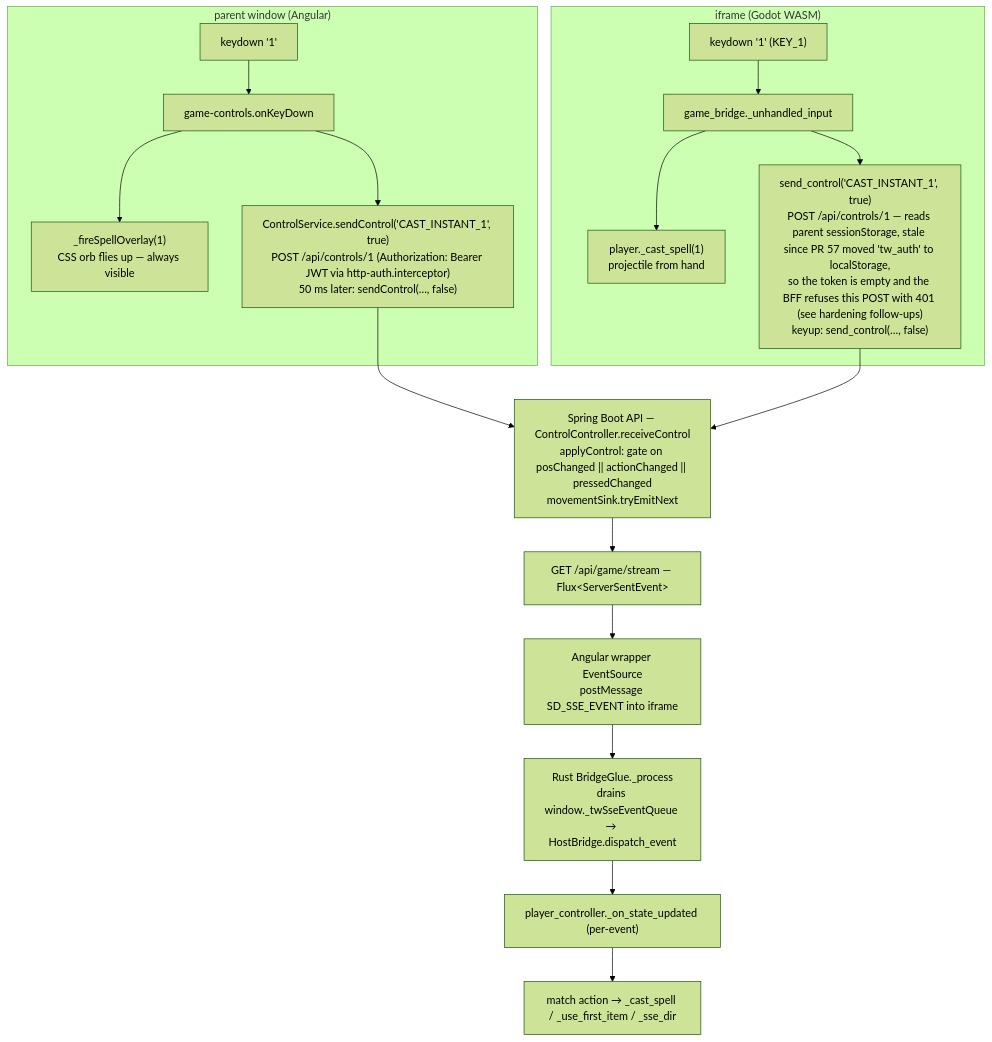
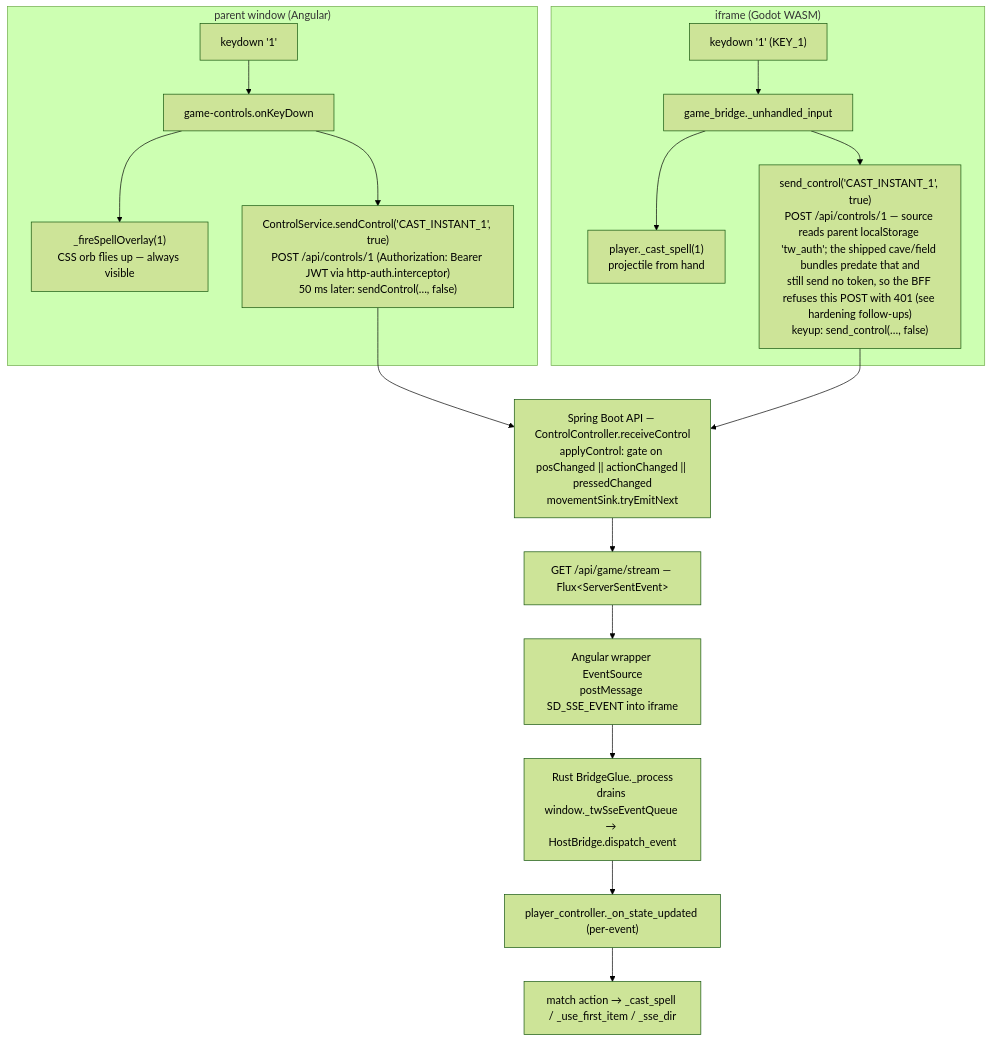
Before and after one commit to hugmesh/hugmesh-games: the fifth of 48 diagrams in README.md, drawn with Mermaid (forest theme). The commit also changed other lines of this file and 2 other files, not shown here.

Commit message:
Godot bridge: read the control-POST JWT from localStorage first
PR #57 moved tw_auth to localStorage, but the three-wizards game_bridge.gd
still read only window.parent.sessionStorage, so POST /api/controls went out
without an Authorization header. Read localStorage first with the same
sessionStorage fallback the rpg-builder template uses, and add a node guard
that fails when a bridge reading tw_auth does not read localStorage first.
The shipped cave/field index.pck bundles are not re-exported here.

````diff
--- a/README.md
+++ b/README.md
@@ -432,30 +432,30 @@
 ```mermaid
 flowchart TB
     subgraph parent["parent window (Angular)"]
         PK["keydown '1'"]
         POnKey["game-controls.onKeyDown"]
         POverlay["_fireSpellOverlay(1)<br/>CSS orb flies up — always visible"]
         PSend["ControlService.sendControl('CAST_INSTANT_1', true)<br/>POST /api/controls/1 (Authorization: Bearer JWT via http-auth.interceptor)<br/>50 ms later: sendControl(…, false)"]
         PK --> POnKey
         POnKey --> POverlay
         POnKey --> PSend
     end
     subgraph frame["iframe (Godot WASM)"]
         FK["keydown '1' (KEY_1)"]
         FInput["game_bridge._unhandled_input"]
         FCast["player._cast_spell(1)<br/>projectile from hand"]
-        FSend["send_control('CAST_INSTANT_1', true)<br/>POST /api/controls/1 — reads parent sessionStorage, stale since PR 57 moved 'tw_auth' to localStorage,<br/>so the token is empty and the BFF refuses this POST with 401 (see hardening follow-ups)<br/>keyup: send_control(…, false)"]
+        FSend["send_control('CAST_INSTANT_1', true)<br/>POST /api/controls/1 — source reads parent localStorage 'tw_auth'; the shipped cave/field bundles predate that and<br/>still send no token, so the BFF refuses this POST with 401 (see hardening follow-ups)<br/>keyup: send_control(…, false)"]
         FK --> FInput
         FInput --> FCast
         FInput --> FSend
     end
     API["Spring Boot API — ControlController.receiveControl<br/>applyControl: gate on posChanged || actionChanged || pressedChanged<br/>movementSink.tryEmitNext"]
     Stream["GET /api/game/stream — Flux&lt;ServerSentEvent&gt;"]
     SSE["Angular wrapper EventSource<br/>postMessage SD_SSE_EVENT into iframe"]
     Drain["Rust BridgeGlue._process<br/>drains window._twSseEventQueue → HostBridge.dispatch_event"]
     OnState["player_controller._on_state_updated (per-event)"]
     Match["match action → _cast_spell / _use_first_item / _sse_dir"]
     PSend --> API
     FSend --> API
     API --> Stream --> SSE --> Drain --> OnState --> Match
 ```
````
